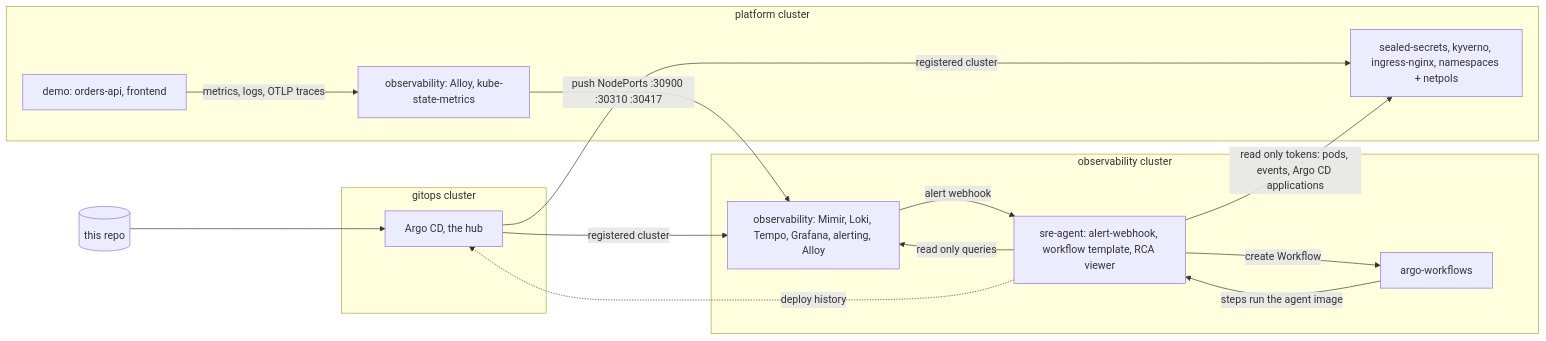
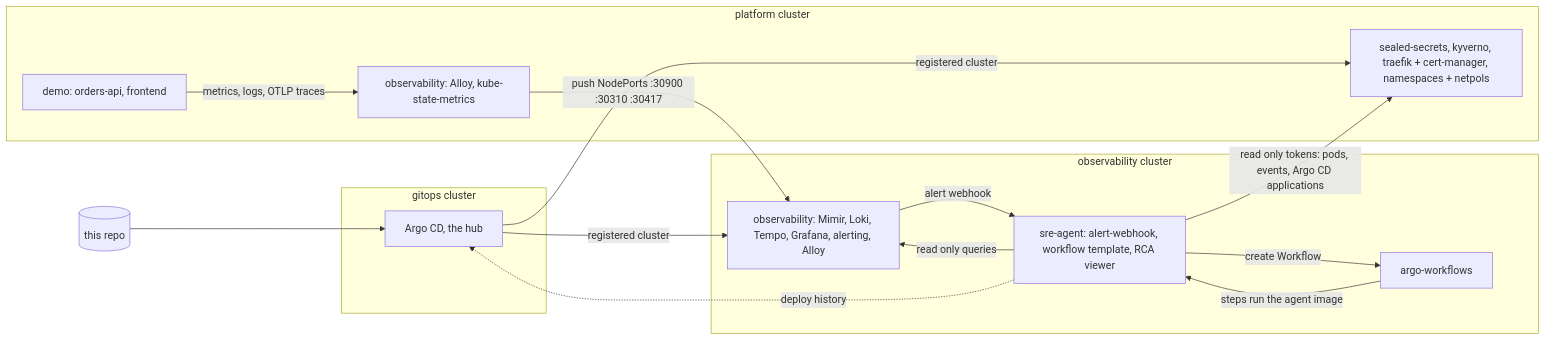
One commit to krishnakant888/k8s-sre-platform changed the diagram in README.md. Above: the diagram before and after it, drawn with Mermaid. The commit also changed other lines of this file and 56 other files, not shown here.

````diff
--- a/README.md
+++ b/README.md
@@ -62,27 +73,27 @@
 ```mermaid
 flowchart LR
   Git[(this repo)] --> Argo
   subgraph gitops cluster
     Argo[Argo CD, the hub]
   end
   subgraph platform cluster
-    Platform[sealed-secrets, kyverno, ingress-nginx, namespaces + netpols]
+    Platform[sealed-secrets, kyverno, traefik + cert-manager, namespaces + netpols]
     Collect[observability: Alloy, kube-state-metrics]
     Demo[demo: orders-api, frontend]
     Demo -->|metrics, logs, OTLP traces| Collect
   end
   subgraph observability cluster
     Stack[observability: Mimir, Loki, Tempo, Grafana, alerting, Alloy]
     AW[argo-workflows]
     Agent[sre-agent: alert-webhook, workflow template, RCA viewer]
     Stack -->|alert webhook| Agent
     Agent -->|create Workflow| AW
     AW -->|steps run the agent image| Agent
     Agent -->|read only queries| Stack
   end
   Argo -->|registered cluster| Platform
   Argo -->|registered cluster| Stack
   Collect -->|push NodePorts :30900 :30310 :30417| Stack
   Agent -->|read only tokens: pods, events, Argo CD applications| Platform
   Agent -.->|deploy history| Argo
 ```
````
